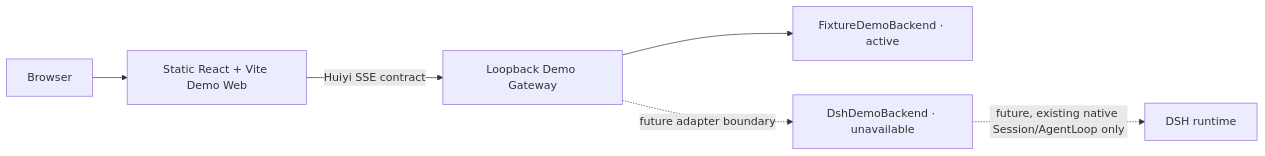
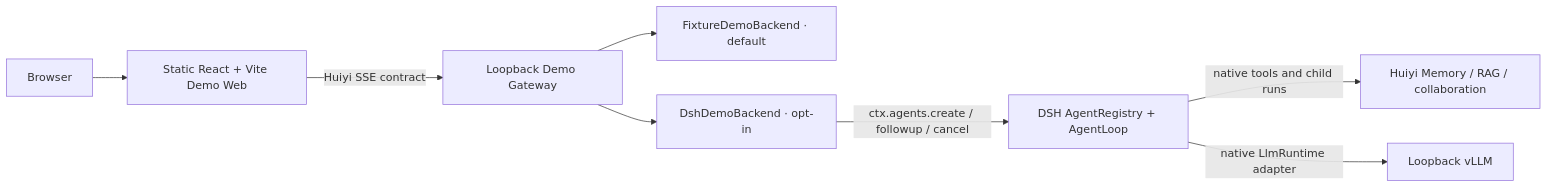
One commit to Bubblevan/Huiyi-MedHarness changed the diagram in docs/demo/architecture.md. Above: the diagram before and after it, drawn with Mermaid. The commit also changed other lines of this file and 21 other files, not shown here.

Commit message:
feat: connect demo gateway to native DSH runtime

````diff
--- a/docs/demo/architecture.md
+++ b/docs/demo/architecture.md
@@ -5,8 +5,10 @@
 ```mermaid
 flowchart LR
   B[Browser] --> W[Static React + Vite Demo Web]
   W -->|Huiyi SSE contract| G[Loopback Demo Gateway]
-  G --> F[FixtureDemoBackend · active]
-  G -. future adapter boundary .-> D[DshDemoBackend · unavailable]
-  D -. future, existing native Session/AgentLoop only .-> R[DSH runtime]
+  G --> F[FixtureDemoBackend · default]
+  G --> D[DshDemoBackend · opt-in]
+  D -->|ctx.agents.create / followup / cancel| A[DSH AgentRegistry + AgentLoop]
+  A -->|native tools and child runs| H[Huiyi Memory / RAG / collaboration]
+  A -->|native LlmRuntime adapter| V[Loopback vLLM]
 ```
````
